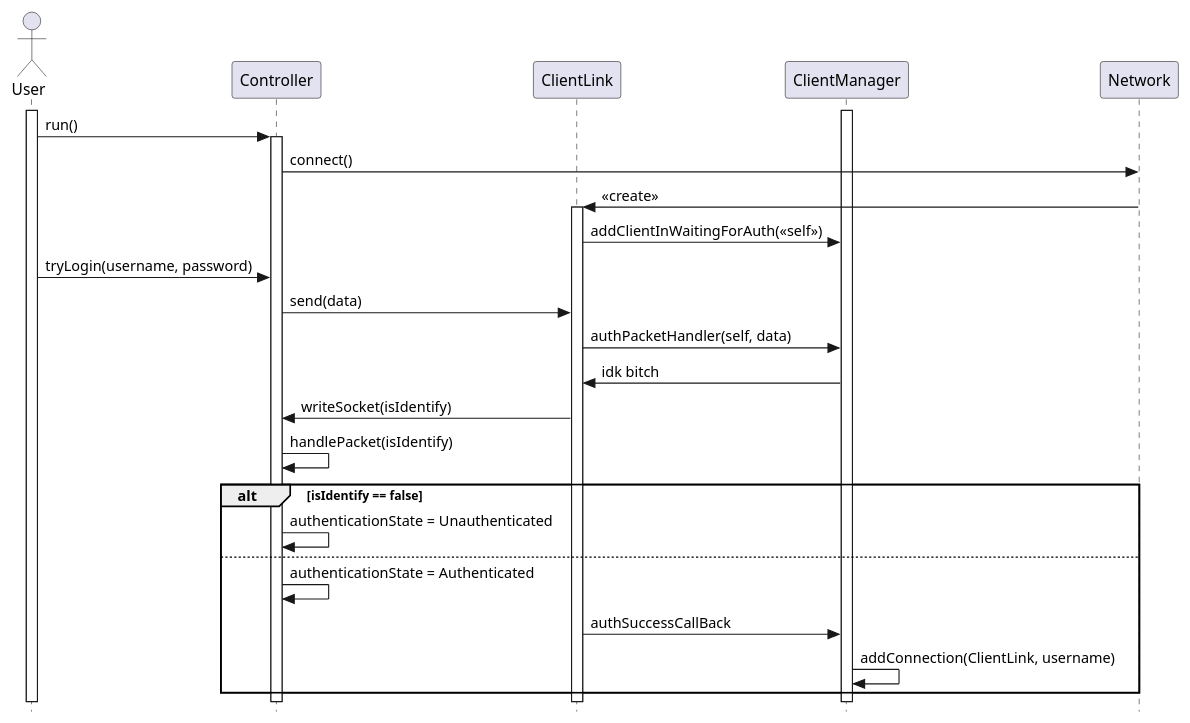
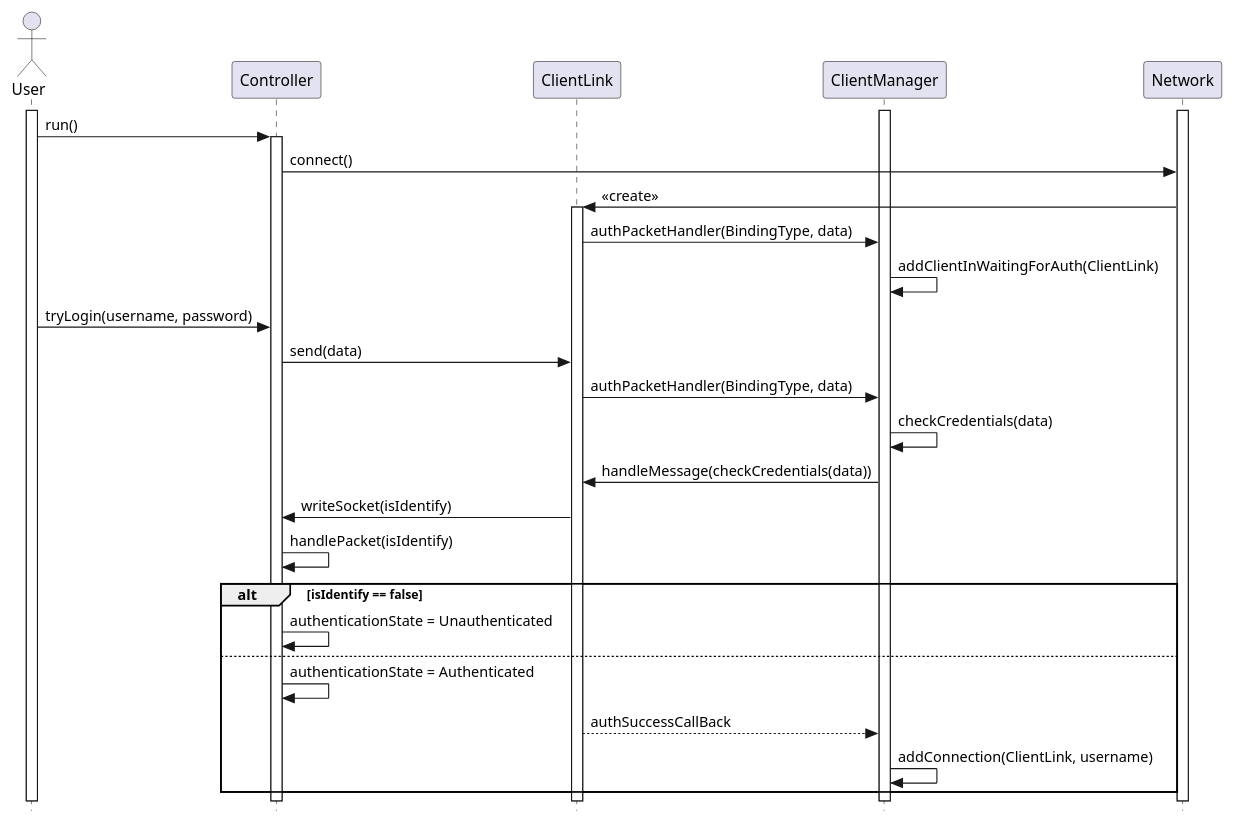
One commit to ulb-info2-group5/Royal-Blocks changed the diagram in doc/uml/sequence/ConnexionSequence.plantuml. Above: the diagram before and after it, drawn with PlantUML. The commit also changed 8 other files, not shown here.

```diff
--- a/doc/uml/sequence/ConnexionSequence.plantuml
+++ b/doc/uml/sequence/ConnexionSequence.plantuml
@@ -1,31 +1,35 @@
 @startuml ConnexionSequence
 
 skinparam style strictuml
 actor User
 participant Controller
 participant ClientLink
 participant ClientManager
+participant Network
 
+activate Network
 activate ClientManager
 activate User
 User -> Controller : run()
 activate Controller
 Controller -> Network : connect()
 Network -> ClientLink : <<create>> 
 activate ClientLink
-ClientLink -> ClientManager : addClientInWaitingForAuth(<<self>>)
+ClientLink -> ClientManager : authPacketHandler(BindingType, data) 
+ClientManager -> ClientManager : addClientInWaitingForAuth(ClientLink)
 
 User -> Controller : tryLogin(username, password)
 Controller -> ClientLink : send(data)
-ClientLink -> ClientManager : authPacketHandler(self, data)
-ClientManager -> ClientLink : idk bitch 
+ClientLink -> ClientManager : authPacketHandler(BindingType, data)
+ClientManager -> ClientManager : checkCredentials(data)
+ClientManager -> ClientLink : handleMessage(checkCredentials(data))
 ClientLink -> Controller : writeSocket(isIdentify)
 Controller -> Controller : handlePacket(isIdentify)
 alt isIdentify == false
     Controller -> Controller : authenticationState = Unauthenticated
 else 
     Controller -> Controller : authenticationState = Authenticated
-    ClientLink -> ClientManager : authSuccessCallBack
+    ClientLink --> ClientManager : authSuccessCallBack
     ClientManager -> ClientManager : addConnection(ClientLink, username)
 end 
 @enduml
```
